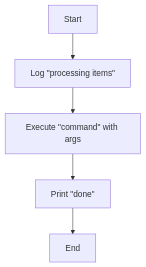
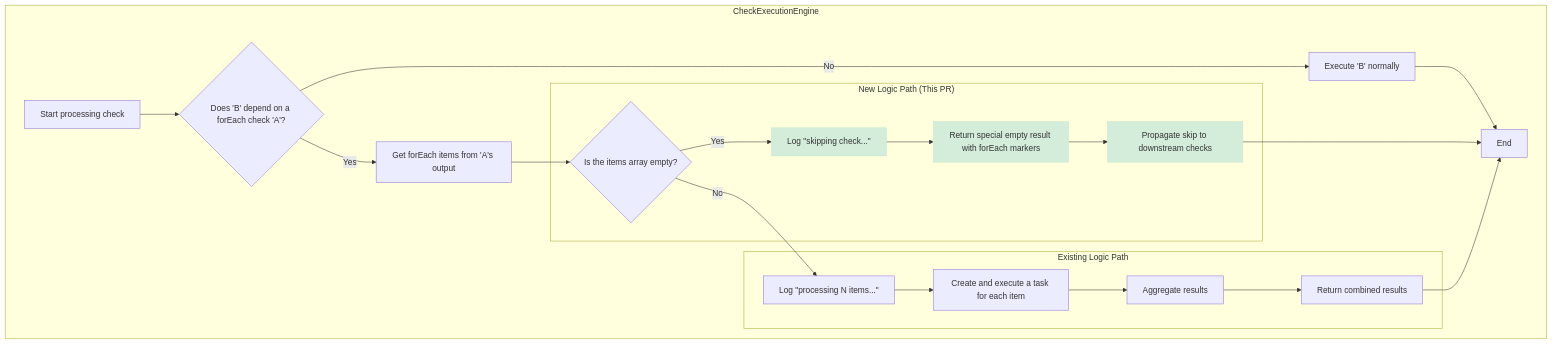
Diagram 28 of 42 in test-fixtures/flowchart/INVALID_DIAGRAMS.md (probelabs/mermaid-lint), drawn with Mermaid before and after one commit. The commit also changed other lines of this file and 3 other files, not shown here.

````diff
--- a/test-fixtures/flowchart/INVALID_DIAGRAMS.md
+++ b/test-fixtures/flowchart/INVALID_DIAGRAMS.md
@@ -1475,7 +1498,30 @@
 ```mermaid
 graph TD
-    A[Start] --> B["Log &quot;processing items&quot;"];
-    B --> C["Execute &quot;command&quot; with args"];
-    C --> D["Print &quot;done&quot;"];
-    D --> E[End]
+    subgraph CheckExecutionEngine
+        A[Start processing check] --> B{"Does 'B' depend on a forEach check 'A'?"};
+        B -->|No| C["Execute 'B' normally"];
+        B -->|Yes| D["Get forEach items from 'A's output"];
+        D --> E{Is the items array empty?};
+
+        subgraph "New Logic Path (This PR)"
+            E -->|Yes| F["Log &quot;skipping check...&quot;"];
+            F --> G[Return special empty result with forEach markers];
+            G --> H[Propagate skip to downstream checks];
+        end
+
+        subgraph "Existing Logic Path"
+            E -->|No| I["Log &quot;processing N items...&quot;"];
+            I --> J[Create and execute a task for each item];
+            J --> K[Aggregate results];
+            K --> L[Return combined results];
+        end
+
+        C --> Z[End];
+        H --> Z;
+        L --> Z;
+    end
+
+    style F fill:#d4edda,stroke:#c3e6cb
+    style G fill:#d4edda,stroke:#c3e6cb
+    style H fill:#d4edda,stroke:#c3e6cb
 ```
````
